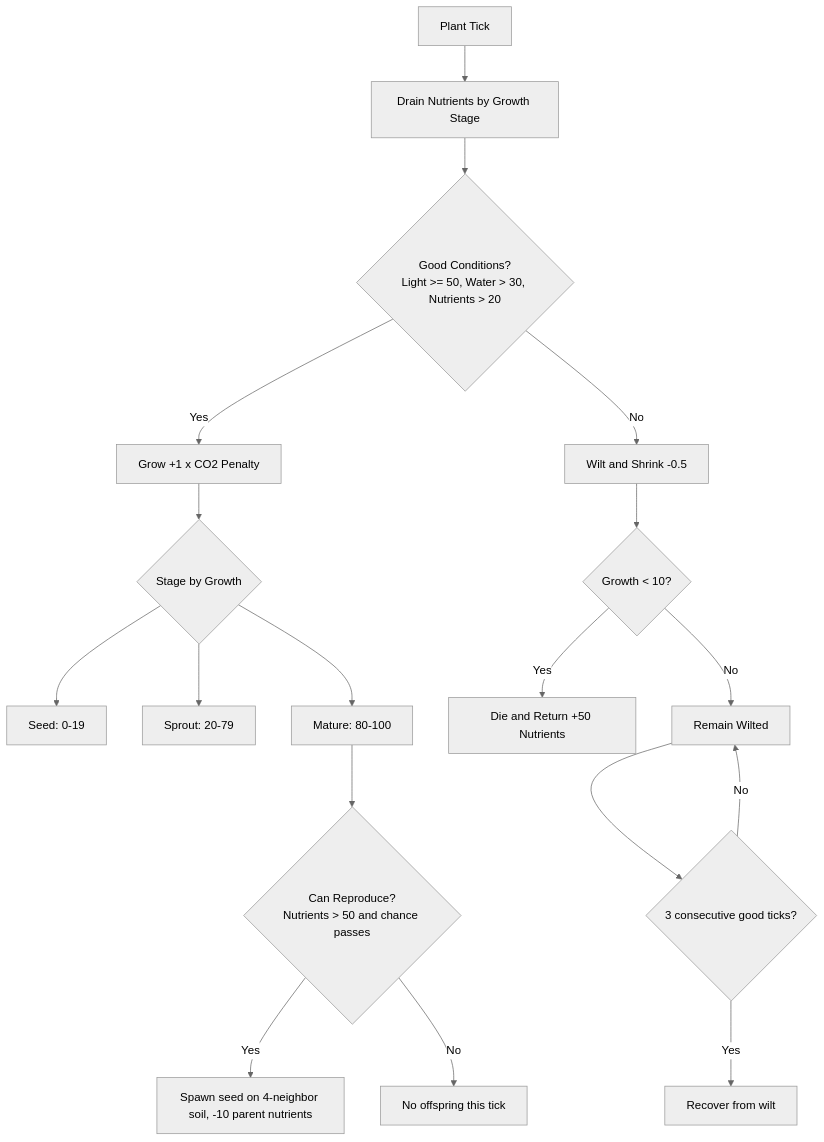
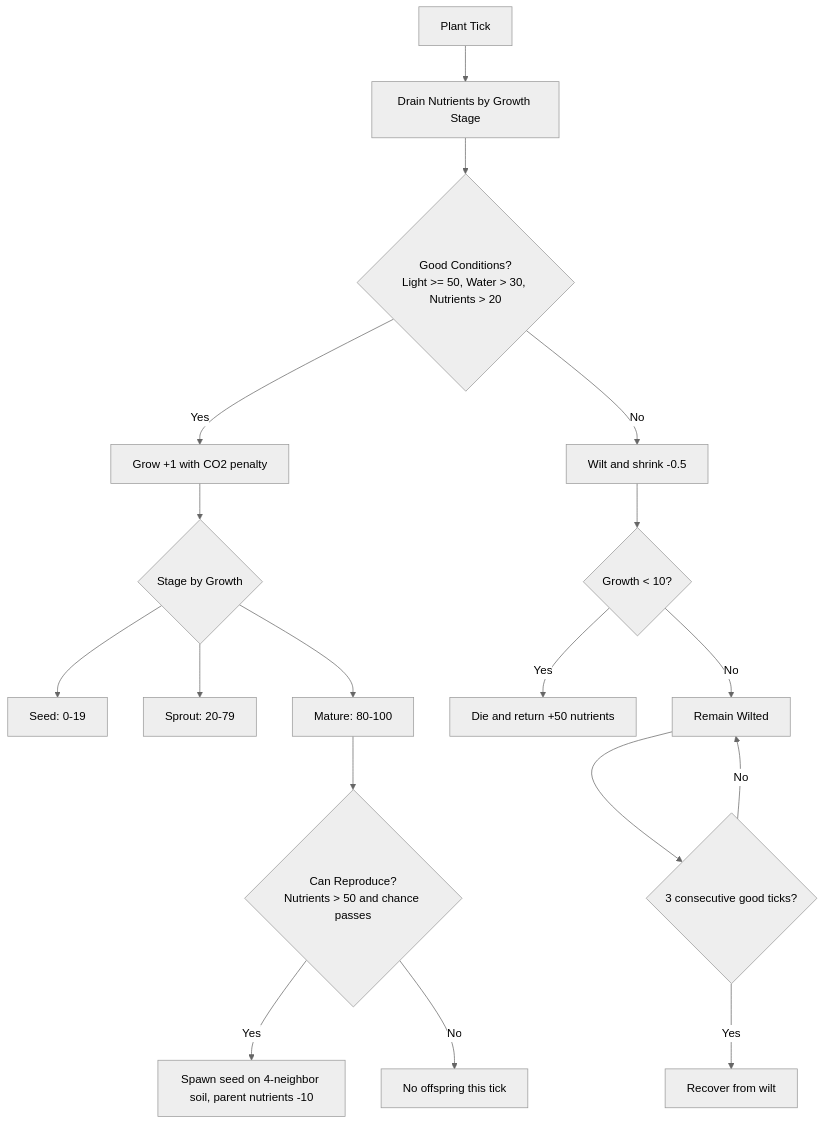
The diagram in sandbox/terrarium-plants-lifecycle.md (DenysVuika/terrarium), drawn with Mermaid (neutral theme) before and after one commit. The commit also changed 19 other files, not shown here.

````diff
--- a/sandbox/terrarium-plants-lifecycle.md
+++ b/sandbox/terrarium-plants-lifecycle.md
@@ -3,25 +3,25 @@
 ```mermaid
 flowchart TD
     A[Plant Tick] --> B[Drain Nutrients by Growth Stage]
     B --> C{Good Conditions?<br/>Light >= 50, Water > 30, Nutrients > 20}
 
-    C -->|Yes| D[Grow +1 x CO2 Penalty]
-    C -->|No| E[Wilt and Shrink -0.5]
+    C -->|Yes| D[Grow +1 with CO2 penalty]
+    C -->|No| E[Wilt and shrink -0.5]
 
     E --> F{Growth < 10?}
-    F -->|Yes| G[Die and Return +50 Nutrients]
+    F -->|Yes| G[Die and return +50 nutrients]
     F -->|No| H[Remain Wilted]
 
     D --> I{Stage by Growth}
     I --> I1[Seed: 0-19]
     I --> I2[Sprout: 20-79]
     I --> I3[Mature: 80-100]
 
     I3 --> J{Can Reproduce?<br/>Nutrients > 50 and chance passes}
-    J -->|Yes| K[Spawn seed on 4-neighbor soil, -10 parent nutrients]
+    J -->|Yes| K[Spawn seed on 4-neighbor soil, parent nutrients -10]
     J -->|No| L[No offspring this tick]
 
     H --> M{3 consecutive good ticks?}
     M -->|Yes| N[Recover from wilt]
     M -->|No| H
 ```
````
